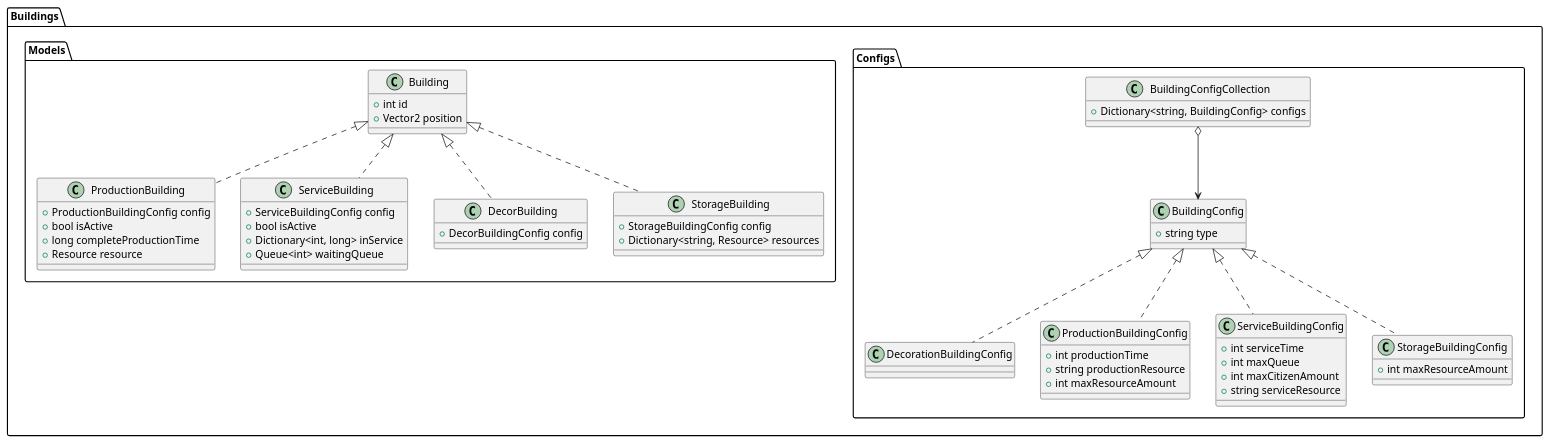
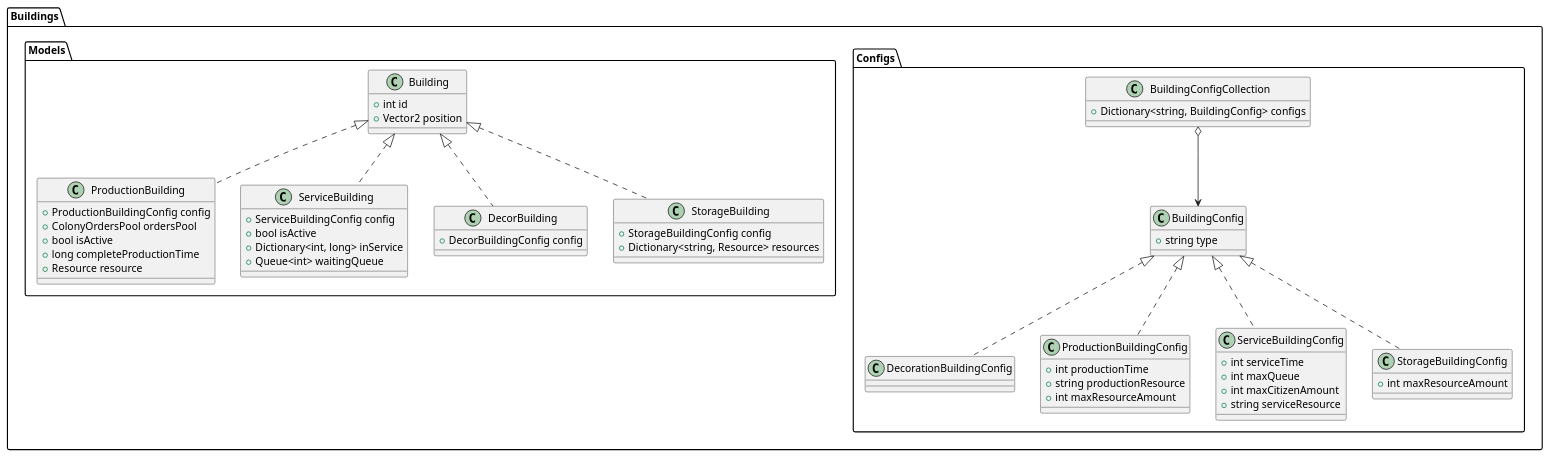
One commit to minusrep/Pivo-UML changed the diagram in Colony/Buildings/Buildings.puml. Above: the diagram before and after it, drawn with PlantUML. The commit also changed 4 other files, not shown here.

```diff
--- a/Colony/Buildings/Buildings.puml
+++ b/Colony/Buildings/Buildings.puml
@@ -1,90 +1,91 @@
 @startuml
 
 package "Buildings"
 {
     package "Configs"{
         
         class BuildingConfigCollection 
         {
             +Dictionary<string, BuildingConfig> configs
         }
         
         class BuildingConfig
         {
             +string type
         }
         
         class DecorationBuildingConfig
         {
         }
         
         class ProductionBuildingConfig
         {
             +int productionTime        
             +string productionResource
             +int maxResourceAmount
         }
         
         class ServiceBuildingConfig 
         {
             +int serviceTime
             +int maxQueue
             +int maxCitizenAmount
             +string serviceResource
         }
         
         class StorageBuildingConfig 
         {
             +int maxResourceAmount
         }
         
         BuildingConfig <|.. DecorationBuildingConfig  
         BuildingConfig <|.. ProductionBuildingConfig  
         BuildingConfig <|.. ServiceBuildingConfig  
         BuildingConfig <|.. StorageBuildingConfig  
         BuildingConfigCollection o--> BuildingConfig 
     }
 
     package "Models"
     {
         class Building
         {
             +int id
             +Vector2 position
         }
         
         class ProductionBuilding
         {
             +ProductionBuildingConfig config
+            +ColonyOrdersPool ordersPool
             +bool isActive
             +long completeProductionTime
             +Resource resource
         }
         
         class ServiceBuilding
         {
             +ServiceBuildingConfig config
             +bool isActive
             +Dictionary<int, long> inService
             +Queue<int> waitingQueue
         }
         
         class DecorBuilding
         {
             +DecorBuildingConfig config
         }
         
         class StorageBuilding
         {
             +StorageBuildingConfig config
             +Dictionary<string, Resource> resources
         }
         
         Building <|.. ProductionBuilding
         Building <|.. ServiceBuilding
         Building <|.. DecorBuilding
         Building <|.. StorageBuilding
     }
 }
 
 @enduml
```
